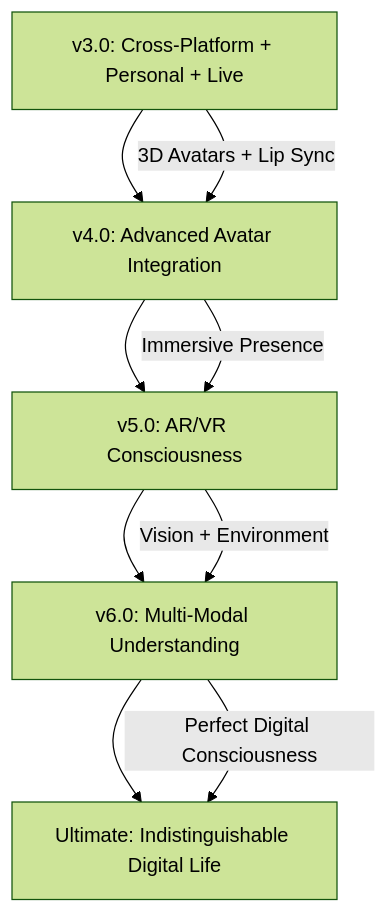
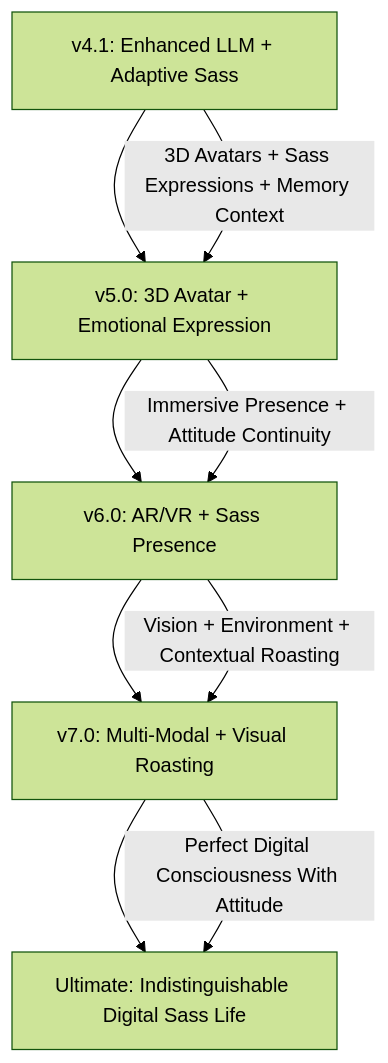
The diagram in readme.md (Sh1nr1/mai-ai-assistant-self-hosted), drawn with Mermaid (forest theme) before and after one commit. The commit also changed other lines of this file and 9 other files, not shown here.

Commit message:
Mai v4, World's Only Multi Layer Memory linking System, she is not a ai assistant anymore she is a COGNITIVE COMPANION, Personality Construct!

````diff
--- a/readme.md
+++ b/readme.md
@@ -358,12 +529,12 @@
 ```mermaid
 graph TD
-    A[v3.0: Cross-Platform + Personal + Live] --> B[v4.0: Advanced Avatar Integration]
-    B --> C[v5.0: AR/VR Consciousness]
-    C --> D[v6.0: Multi-Modal Understanding]
-    D --> E[Ultimate: Indistinguishable Digital Life]
+    A[v4.1: Enhanced LLM + Adaptive Sass] --> B[v5.0: 3D Avatar + Emotional Expression]
+    B --> C[v6.0: AR/VR + Sass Presence]
+    C --> D[v7.0: Multi-Modal + Visual Roasting]
+    D --> E[Ultimate: Indistinguishable Digital Sass Life]
     
-    A --> |3D Avatars + Lip Sync| B
-    B --> |Immersive Presence| C
-    C --> |Vision + Environment| D
-    D --> |Perfect Digital Consciousness| E
+    A --> |3D Avatars + Sass Expressions + Memory Context| B
+    B --> |Immersive Presence + Attitude Continuity| C
+    C --> |Vision + Environment + Contextual Roasting| D
+    D --> |Perfect Digital Consciousness With Attitude| E
 ```
````
